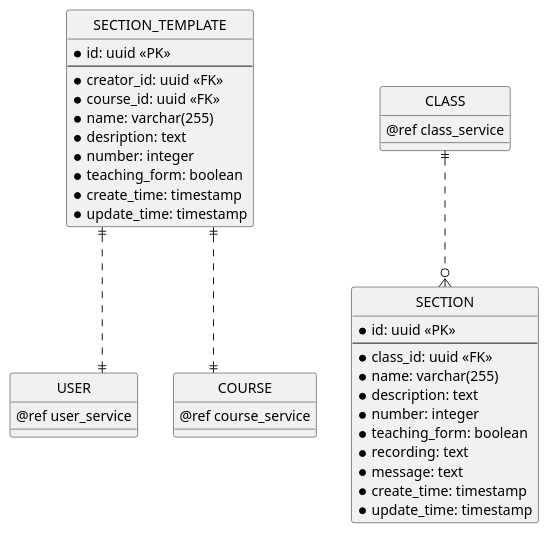
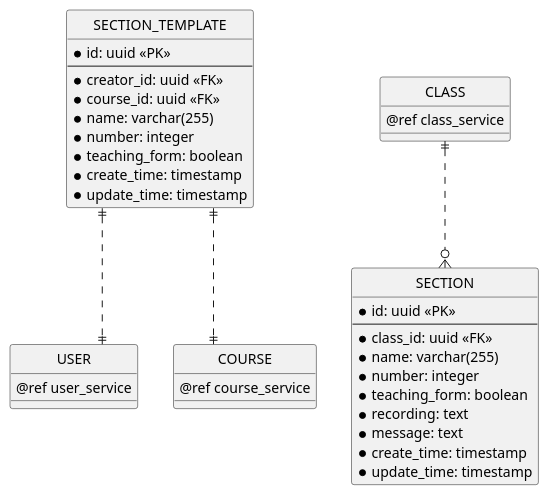
One commit to chungnguyenbkcse/ERD-USECASE-KIDSDRAWING changed the seventh of 12 diagrams in erd.md. Above: the diagram before and after it, drawn with PlantUML. The commit also changed other lines of this file and 4 other files, not shown here.

````diff
--- a/erd.md
+++ b/erd.md
@@ -397,54 +397,52 @@
 ```plantuml
 @startuml section_service
 ' hide the spot
 hide circle
 
 ' avoid problems with angled crows feet
 skinparam linetype ortho
 
 entity "USER" as user {
     @ref user_service
 }
 
 entity "COURSE" as course {
     @ref course_service
 }
 
 entity "SECTION" as section {
     * id: uuid <<PK>>
     --
     * class_id: uuid <<FK>>
     * name: varchar(255)
-    * description: text
     * number: integer
     * teaching_form: boolean
     * recording: text
     * message: text
     * create_time: timestamp
     * update_time: timestamp
 }
 
 entity "SECTION_TEMPLATE" as section_template {
     * id: uuid <<PK>>
     --
     * creator_id: uuid <<FK>>
     * course_id: uuid <<FK>>
     * name: varchar(255)
-    * desription: text
     * number: integer
     * teaching_form: boolean
     * create_time: timestamp
     * update_time: timestamp
 }
 
 
 entity "CLASS" as class {
     @ref class_service
 }
 
 ' Section Relationship
 class ||..o{ section
 section_template ||..|| user
 section_template ||..|| course
 @enduml
 ```
````
